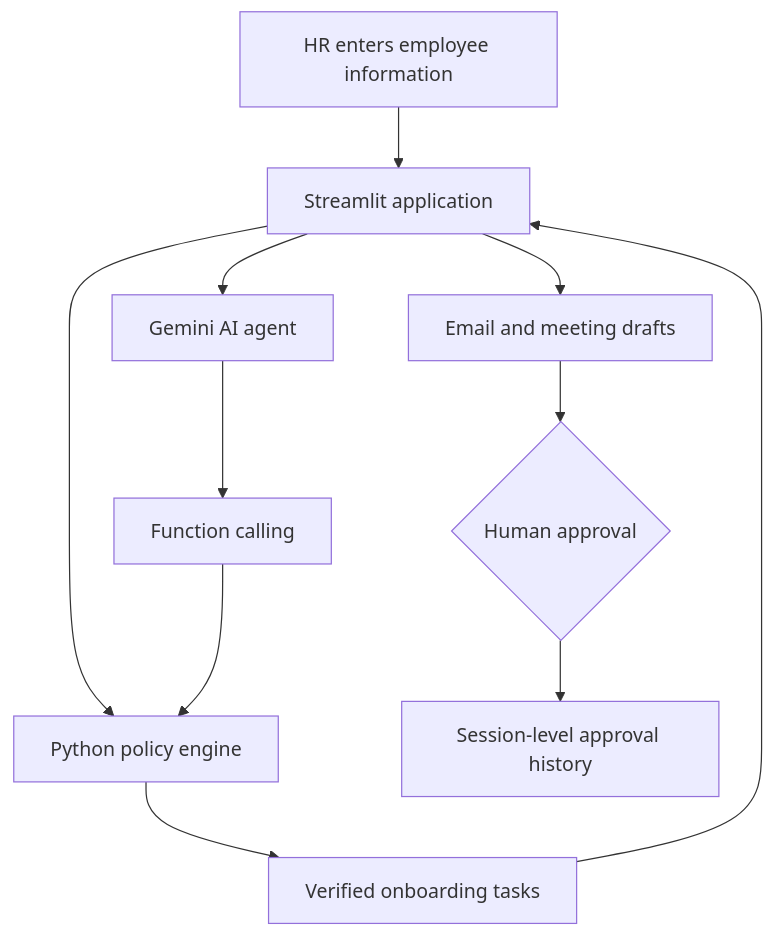
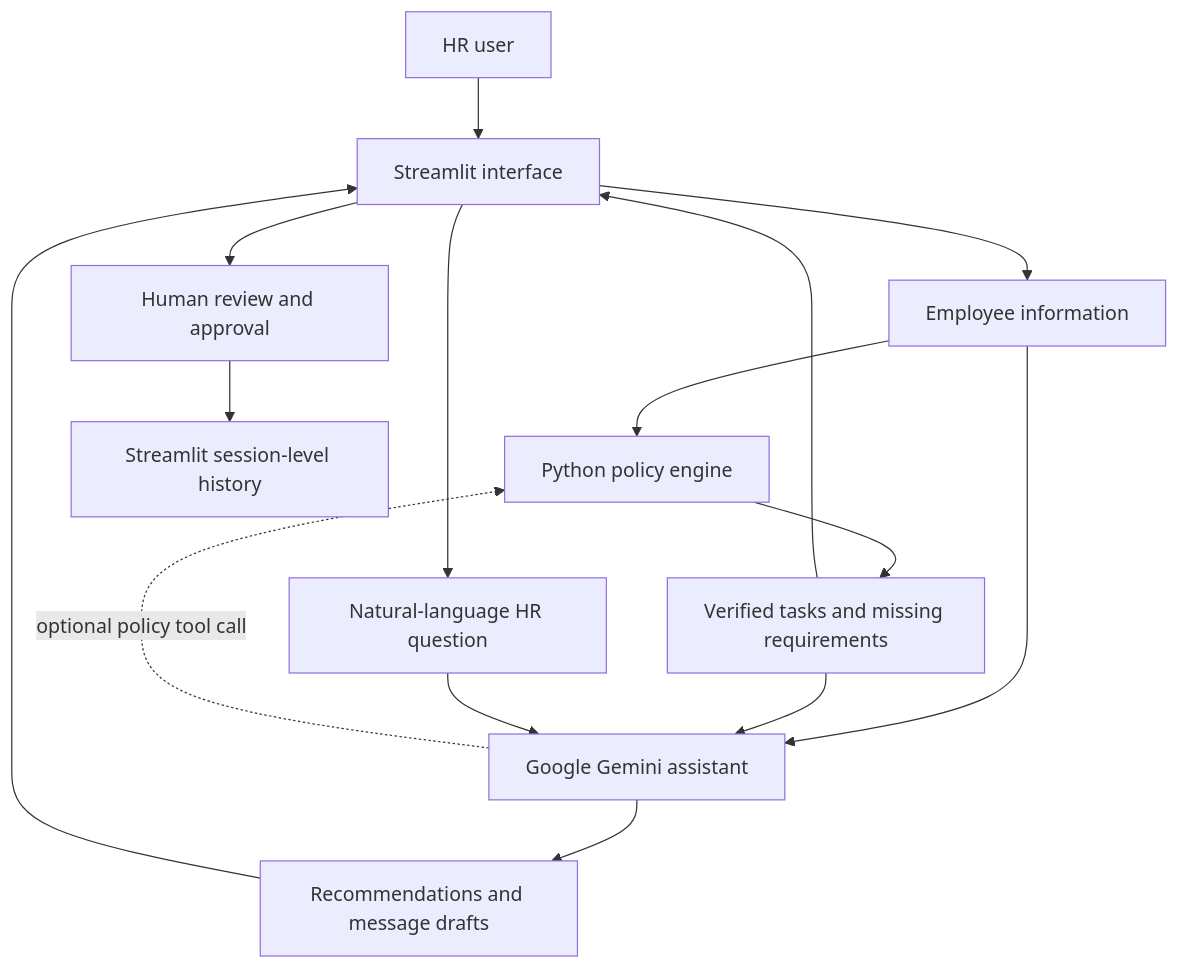
Before and after one commit to Somarel/autofirsthi: the diagram in README.md, drawn with Mermaid. The commit also changed other lines of this file, not shown here.

Commit message:
Document AI assistant and evaluation results

````diff
--- a/README.md
+++ b/README.md
@@ -56,17 +56,17 @@
 ```mermaid
 flowchart TD
-    A["HR enters employee information"] --> B["Streamlit application"]
-
-    B --> C["Python policy engine"]
-    B --> D["Gemini AI agent"]
-
-    D --> E["Function calling"]
-    E --> C
-
-    C --> F["Verified onboarding tasks"]
-    F --> B
-
-    B --> G["Email and meeting drafts"]
-    G --> H{"Human approval"}
-    H --> I["Session-level approval history"]
+    A[HR user] --> B[Streamlit interface]
+    B --> C[Employee information]
+    C --> D[Python policy engine]
+    D --> E[Verified tasks and missing requirements]
+    B --> F[Natural-language HR question]
+    C --> G[Google Gemini assistant]
+    E --> G
+    F --> G
+    G -. optional policy tool call .-> D
+    G --> H[Recommendations and message drafts]
+    E --> B
+    H --> B
+    B --> I[Human review and approval]
+    I --> J[Streamlit session-level history]
 ```
````
